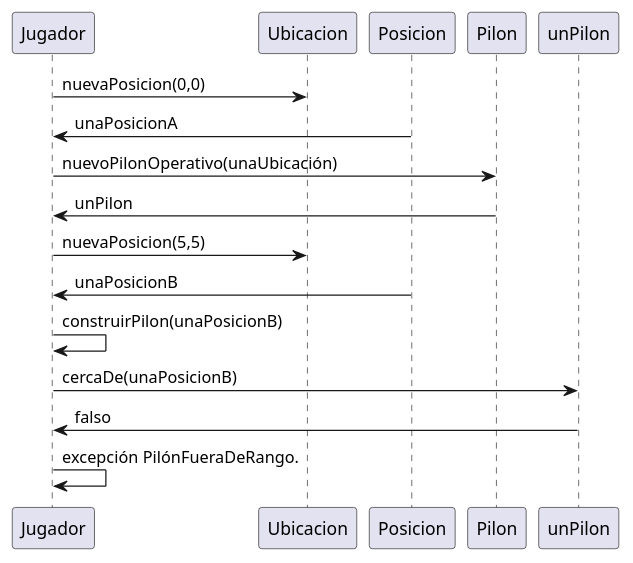
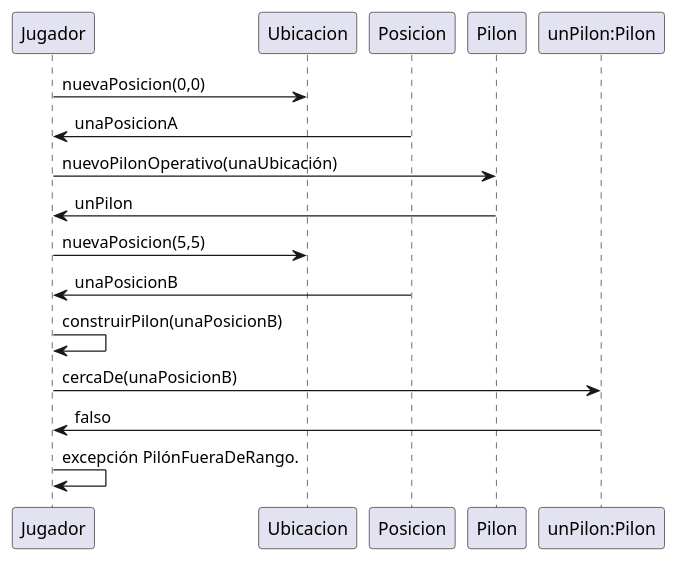
Before and after one commit to nicolasgirardi/algo3_TP2_AlgoStar: the diagram in diagrams/sequences/CasoDeUso5/NoSePuedeConstruirSInPilonCerca.puml, drawn with PlantUML. The commit also changed 5 other files, not shown here.

```diff
--- a/diagrams/sequences/CasoDeUso5/NoSePuedeConstruirSInPilonCerca.puml
+++ b/diagrams/sequences/CasoDeUso5/NoSePuedeConstruirSInPilonCerca.puml
@@ -1,21 +1,21 @@
 @startuml
 'https://plantuml.com/sequence-diagram
 
 Jugador -> Ubicacion: nuevaPosicion(0,0)
 Posicion -> Jugador: unaPosicionA
 
 Jugador -> Pilon: nuevoPilonOperativo(unaUbicación)
 Pilon -> Jugador: unPilon
 
 Jugador -> Ubicacion: nuevaPosicion(5,5)
 Posicion -> Jugador: unaPosicionB
 Jugador -> Jugador: construirPilon(unaPosicionB)
 
-Jugador -> unPilon: cercaDe(unaPosicionB)
-unPilon -> Jugador: falso
+Jugador -> "unPilon:Pilon": cercaDe(unaPosicionB)
+"unPilon:Pilon" -> Jugador: falso
 
 Jugador -> Jugador: excepción PilónFueraDeRango.
 
 'para el caso del moho deberia ser similar aunque no se como crear una
 'ubicacion sin moho.
 @enduml
```
